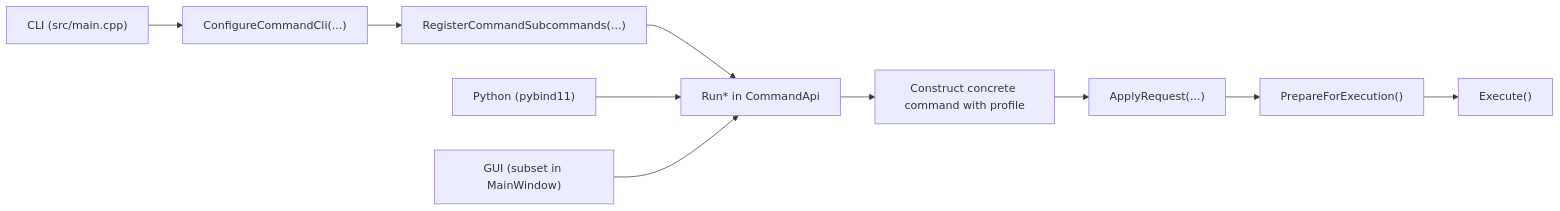
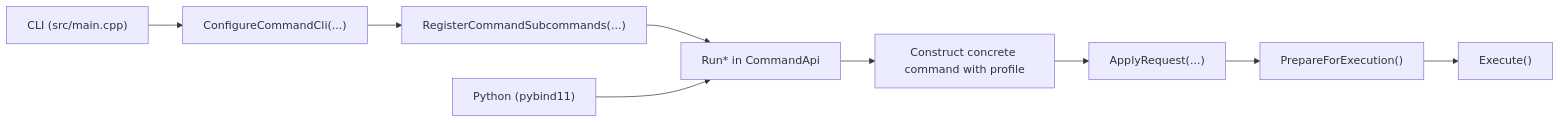
Before and after one commit to yslianTim/rhbm_gem: the diagram in docs/developer/architecture/command-architecture.md, drawn with Mermaid. The commit also changed other lines of this file and 13 other files, not shown here.

````diff
--- a/docs/developer/architecture/command-architecture.md
+++ b/docs/developer/architecture/command-architecture.md
@@ -44,14 +44,13 @@
 ```mermaid
 flowchart LR
     A["CLI (src/main.cpp)"] --> B["ConfigureCommandCli(...)"]
     B --> C["RegisterCommandSubcommands(...)"]
     C --> D["Run* in CommandApi"]
 
     E["Python (pybind11)"] --> D
-    F["GUI (subset in MainWindow)"] --> D
 
     D --> G["Construct concrete command with profile"]
     G --> H["ApplyRequest(...)"]
     H --> I["PrepareForExecution()"]
     I --> J["Execute()"]
 ```
````
